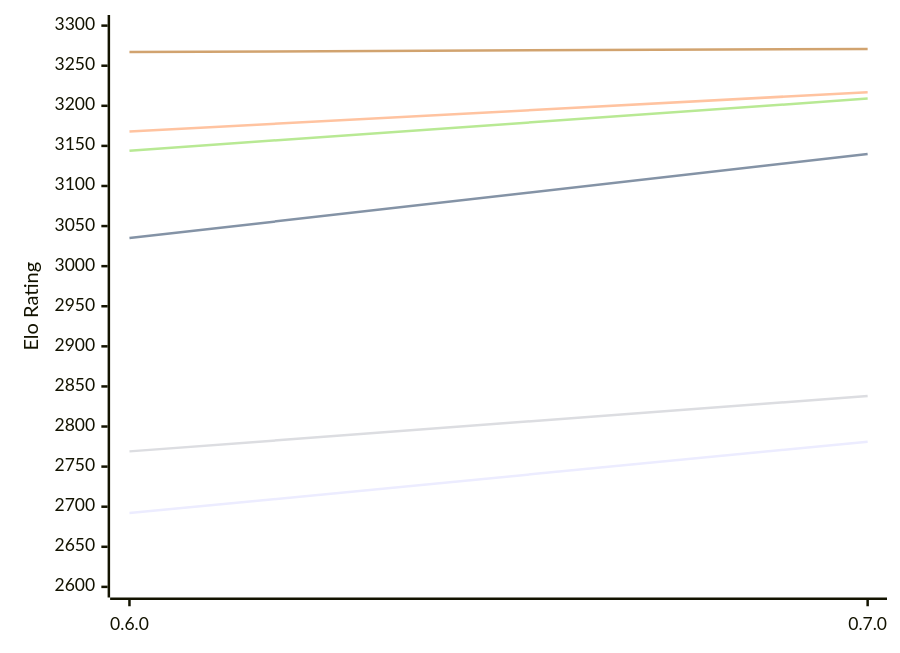
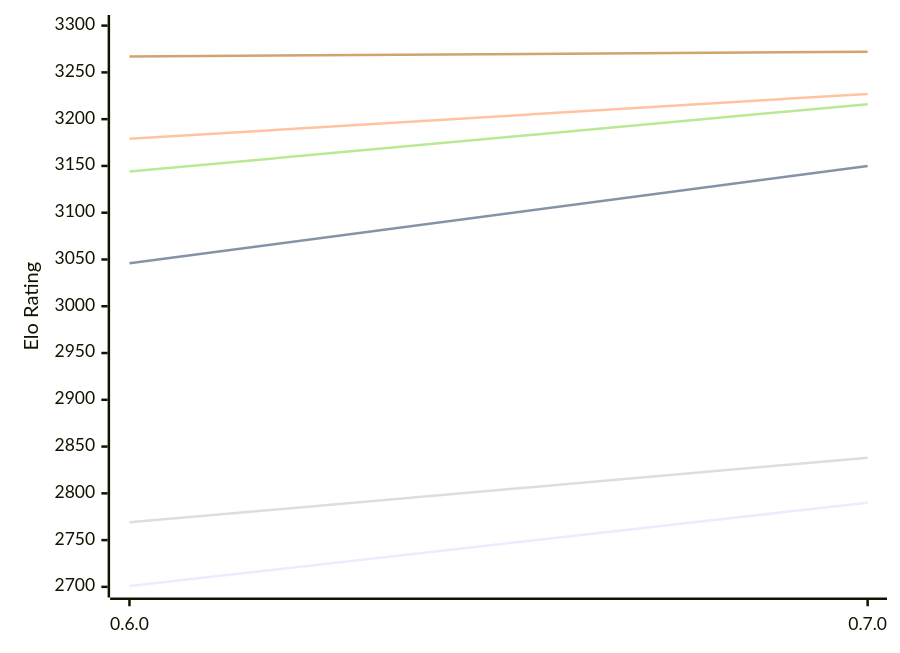
The first of 2 diagrams in engines/AteNika.md (computer-chess-index/cci), drawn with Mermaid before and after one commit. The commit also changed other lines of this file, not shown here.

Commit message:
Update CCI Ratings (ELO VLTC) - 2026-11-07

````diff
--- a/engines/AteNika.md
+++ b/engines/AteNika.md
@@ -52,12 +52,12 @@
 ```mermaid
 %%{init: {"theme":"base","themeVariables":{"seriesColors:['#a3a3a3','#222221','#faa371']}}}%%
 xychart-beta
   x-axis ["0.6.0", "0.7.0"]
-  y-axis "Elo Rating" 2600 --> 3300
-  line "E1: STC (8.0+0.08s)" [2692, 2781]
-  line "E1: LTC (60.0+0.60s)" [3035, 3140]
-  line "E1: VLTC (2m24s+1.12s)" [3168, 3217]
+  y-axis "Elo Rating" 2700 --> 3300
+  line "E1: STC (8.0+0.08s)" [2701, 2790]
+  line "E1: LTC (60.0+0.60s)" [3046, 3150]
+  line "E1: VLTC (2m24s+1.12s)" [3179, 3227]
   line "P1: STC (8.0+0.08s)" [2769, 2838]
-  line "P1: LTC (60.0+0.60s)" [3144, 3209]
-  line "P1: VLTC (2m24s+1.12s)" [3267, 3271]
+  line "P1: LTC (60.0+0.60s)" [3144, 3216]
+  line "P1: VLTC (2m24s+1.12s)" [3267, 3272]
 ```
````
